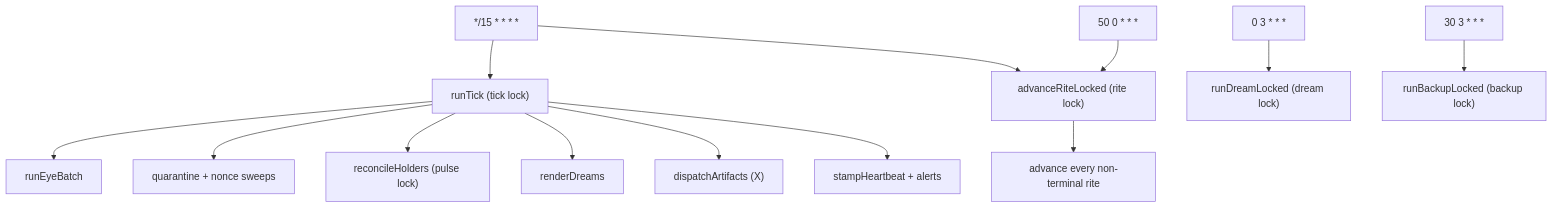
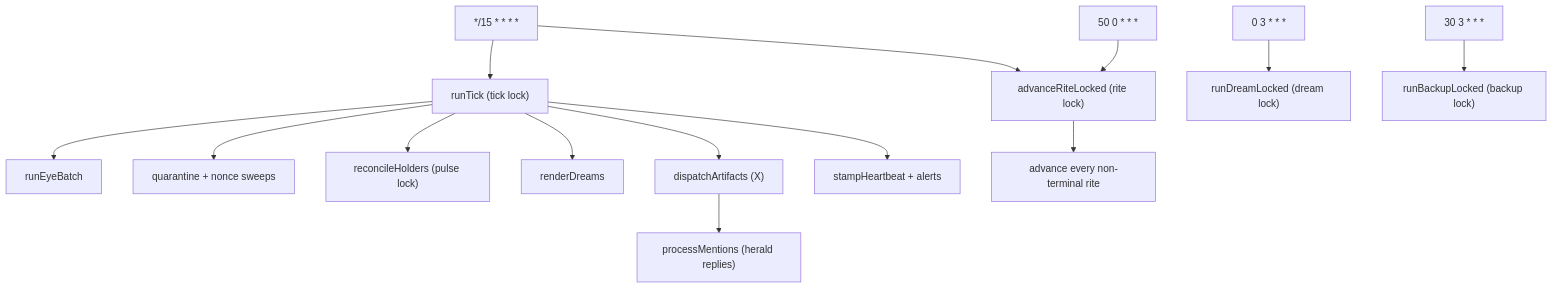
The fifth of 5 diagrams in ARCHITECTURE.md (AIEngineerX/pleroma-public), drawn with Mermaid before and after one commit. The commit also changed other lines of this file and 3 other files, not shown here.

````diff
--- a/ARCHITECTURE.md
+++ b/ARCHITECTURE.md
@@ -241,9 +260,10 @@
 ```mermaid
 flowchart TB
     C1["*/15 * * * *"] --> RT["runTick (tick lock)"] & AR["advanceRiteLocked (rite lock)"]
     C2["50 0 * * *"] --> AR
     C3["0 3 * * *"] --> DR["runDreamLocked (dream lock)"]
     C4["30 3 * * *"] --> BK["runBackupLocked (backup lock)"]
     RT --> EYEb["runEyeBatch"] & SW["quarantine + nonce sweeps"] & RH["reconcileHolders (pulse lock)"] & VR["renderDreams"] & DA["dispatchArtifacts (X)"] & HB["stampHeartbeat + alerts"]
+    DA --> PM["processMentions (herald replies)"]
     AR --> RiteAdv["advance every non-terminal rite"]
 ```
````
